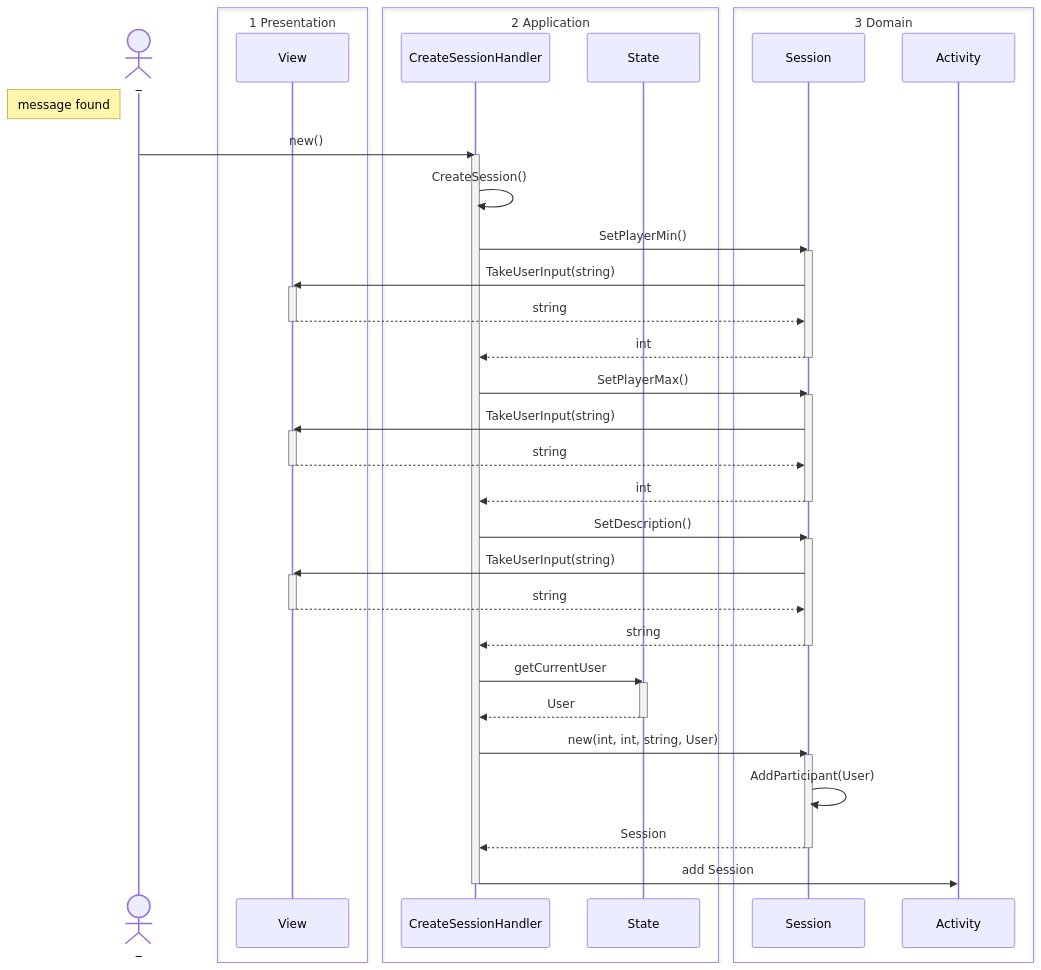
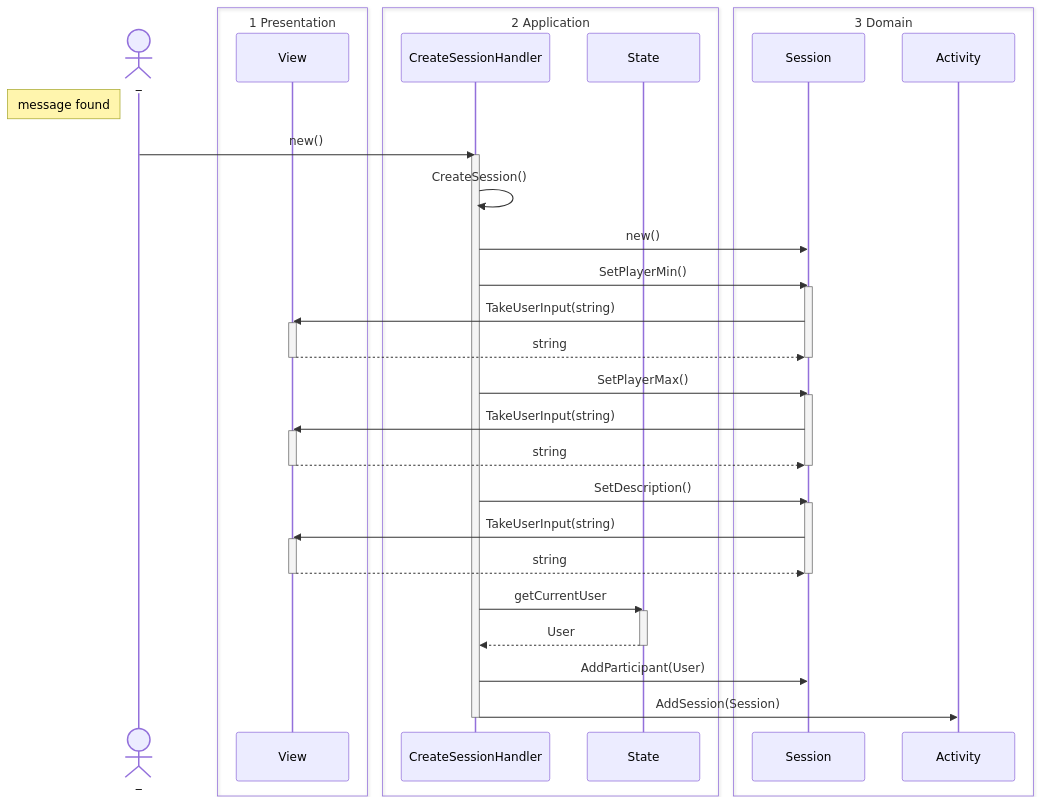
One commit to MatiasHeiberg/1.semesterprojekt changed the fourth of 4 diagrams in 02 notes/Sekvensdiagram.md. Above: the diagram before and after it, drawn with Mermaid. The commit also changed 9 other files, not shown here.

````diff
--- a/02 notes/Sekvensdiagram.md
+++ b/02 notes/Sekvensdiagram.md
@@ -106,70 +106,64 @@
 ```mermaid
 sequenceDiagram
 
 Actor _
 Note left of _: message found
 box 1 Presentation
 participant View
 end
 box 2 Application
 participant CreateSessionHandler 
 participant State
 end
 box 3 Domain
 participant Session
 participant Activity
 end
 
 
 %% Message found
 _->>CreateSessionHandler: new()
 
 %% SetPlayerMin
 activate CreateSessionHandler
 CreateSessionHandler->>CreateSessionHandler: CreateSession()
+CreateSessionHandler->>Session: new()
 CreateSessionHandler->>Session: SetPlayerMin()
 activate Session
 Session->>View: TakeUserInput(string)
 activate View
 View-->>Session: string
 deactivate View
-Session-->>CreateSessionHandler: int
 deactivate Session
 
 %% SetPlayerMax
 CreateSessionHandler->>Session: SetPlayerMax()
 activate Session
 Session->>View: TakeUserInput(string)
 activate View
 View-->>Session: string
 deactivate View
-Session-->>CreateSessionHandler: int
 deactivate Session
 
 %% SetDescription
 CreateSessionHandler->>Session: SetDescription()
 activate Session
 Session->>View: TakeUserInput(string)
 activate View
 View-->>Session: string
 deactivate View
-Session-->>CreateSessionHandler: string
 deactivate Session
 
 %% getCurrentUser
 CreateSessionHandler->>State: getCurrentUser
 activate State
 State-->>CreateSessionHandler: User
 deactivate State
 
 %% Session Constructor
-CreateSessionHandler->>Session: new(int, int, string, User)
-activate Session
-Session->>Session: AddParticipant(User)
-Session-->>CreateSessionHandler: Session
-deactivate Session
+CreateSessionHandler->>Session: AddParticipant(User)
 
 %% listOfSessions.add()
-CreateSessionHandler->>Activity: add Session
+CreateSessionHandler->>Activity: AddSession(Session)
 deactivate CreateSessionHandler
 ```
````
